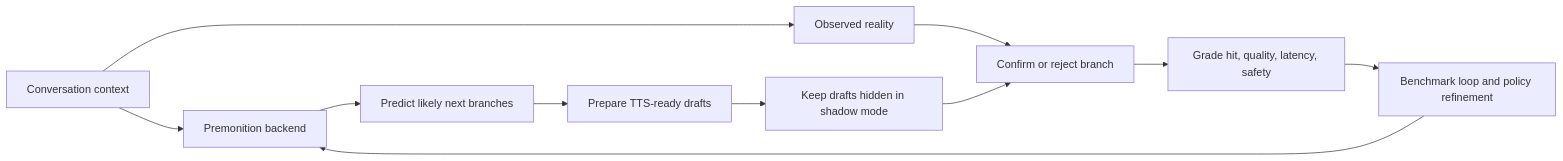
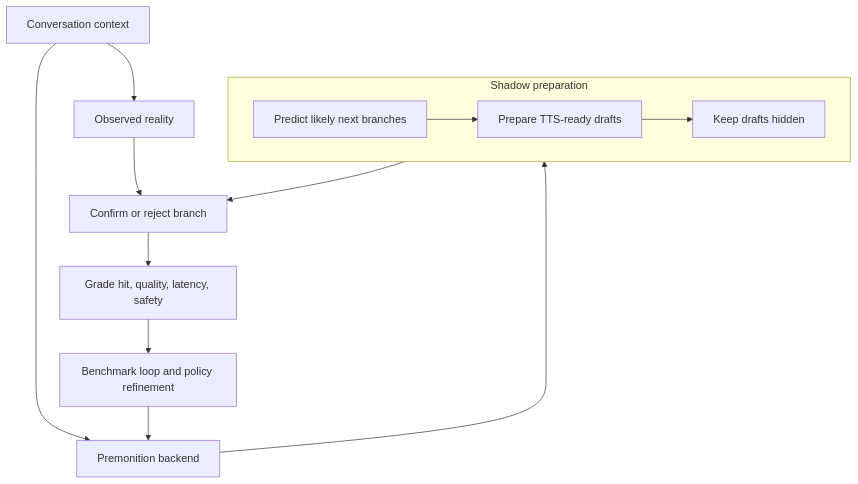
The diagram in README.md (witchcraftery/premonition-agent-harness), drawn with Mermaid before and after one commit.

Commit message:
docs improve harness flow diagram layout

````diff
--- a/README.md
+++ b/README.md
@@ -109,13 +109,25 @@
 ```mermaid
-flowchart LR
-    A["Conversation context"] --> B["Premonition backend"]
-    B --> C["Predict likely next branches"]
-    C --> D["Prepare TTS-ready drafts"]
-    D --> E["Keep drafts hidden in shadow mode"]
+flowchart TB
+    A["Conversation context"]
+    B["Premonition backend"]
+
+    A --> B
+
+    subgraph P["Shadow preparation"]
+        direction LR
+        C["Predict likely next branches"]
+        D["Prepare TTS-ready drafts"]
+        E["Keep drafts hidden"]
+        C --> D --> E
+    end
+
+    B --> C
+
     A --> F["Observed reality"]
     F --> G["Confirm or reject branch"]
     E --> G
+
     G --> H["Grade hit, quality, latency, safety"]
     H --> I["Benchmark loop and policy refinement"]
     I --> B
 ```
````
